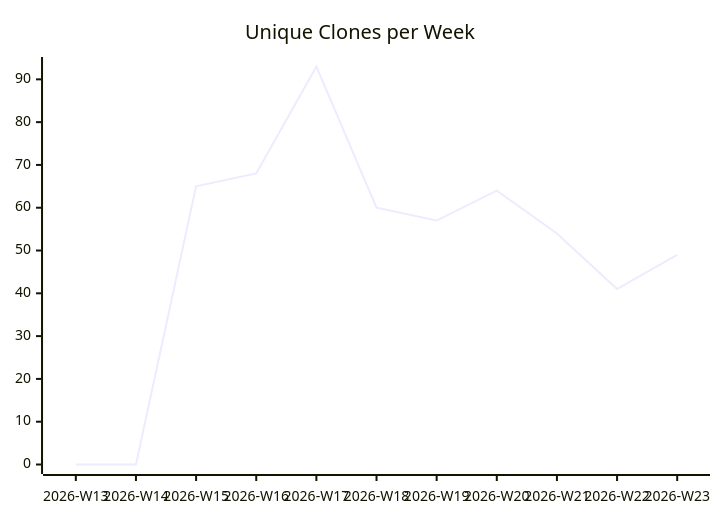
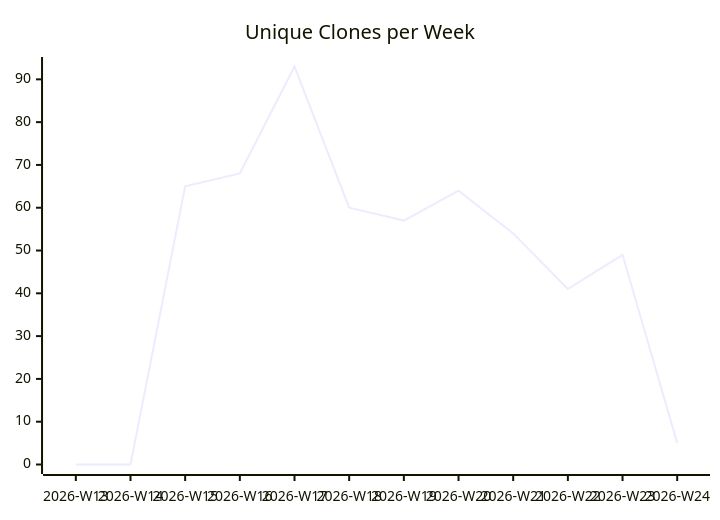
One commit to justdavis-family/github-analytics-data changed the third of 3 diagrams in justdavis-family/github-analytics-data/README.md. Above: the diagram before and after it, drawn with Mermaid. The commit also changed other lines of this file and 189 other files, not shown here.

````diff
--- a/justdavis-family/github-analytics-data/README.md
+++ b/justdavis-family/github-analytics-data/README.md
@@ -19,6 +19,6 @@
 ```mermaid
 xychart-beta
   title "Unique Clones per Week"
-  x-axis ["2026-W13", "2026-W14", "2026-W15", "2026-W16", "2026-W17", "2026-W18", "2026-W19", "2026-W20", "2026-W21", "2026-W22", "2026-W23"]
-  line [0, 0, 65, 68, 93, 60, 57, 64, 54, 41, 49]
+  x-axis ["2026-W13", "2026-W14", "2026-W15", "2026-W16", "2026-W17", "2026-W18", "2026-W19", "2026-W20", "2026-W21", "2026-W22", "2026-W23", "2026-W24"]
+  line [0, 0, 65, 68, 93, 60, 57, 64, 54, 41, 49, 5]
 ```
````
